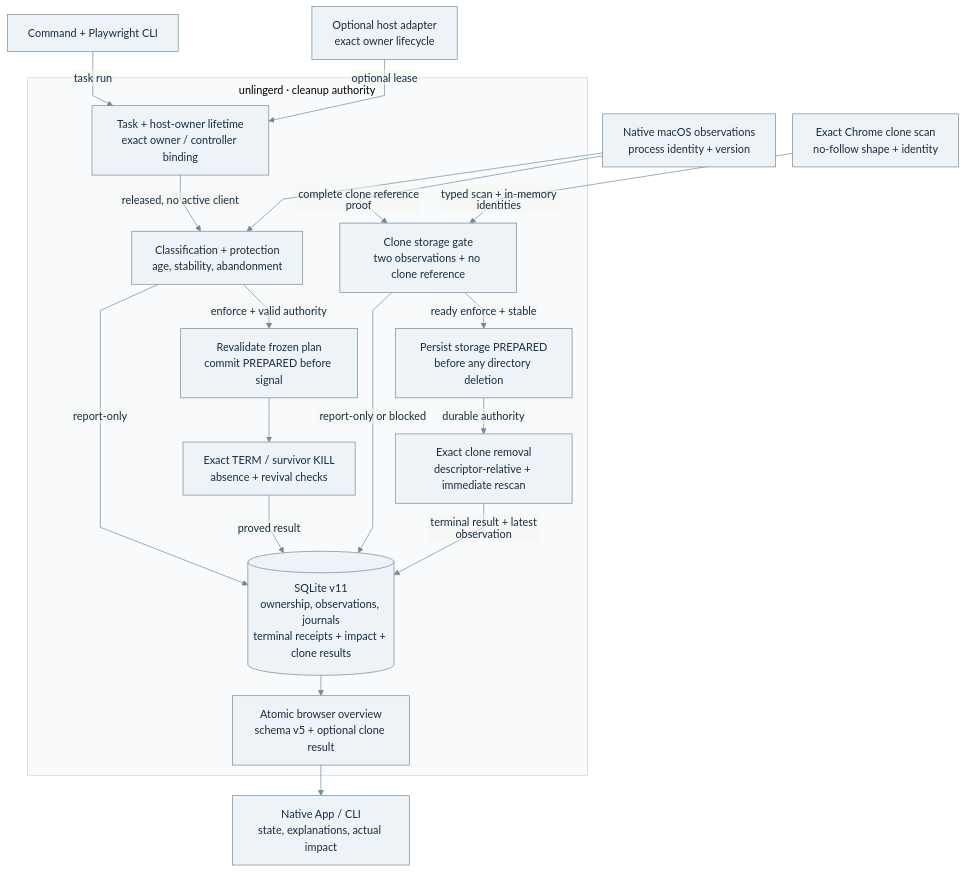
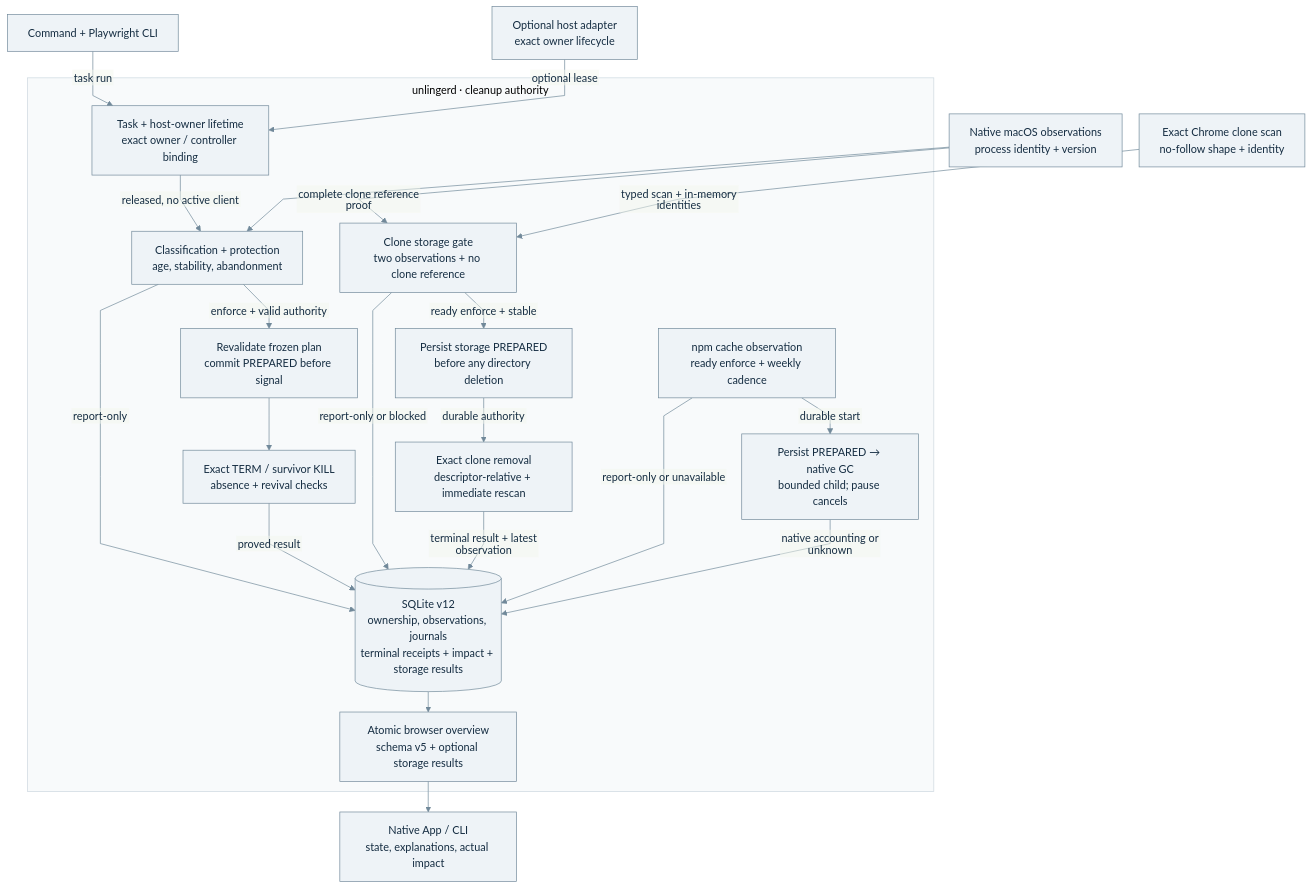
Before and after one commit to IndelibleVivi/unlinger: the diagram in docs/architecture.mmd, drawn with Mermaid. The commit also changed 41 other files, not shown here.

Commit message:
add native npm cache maintenance

```diff
--- a/docs/architecture.mmd
+++ b/docs/architecture.mmd
@@ -1,34 +1,39 @@
 %% Current source execution map; bilingual evidence map in ARCHITECTURE.md.
 %%{init: {"theme": "base", "fontFamily": "Arial, sans-serif", "themeVariables": {"fontFamily": "Arial, sans-serif", "fontSize": "16px", "primaryColor": "#eef3f7", "primaryTextColor": "#152d42", "primaryBorderColor": "#71899a", "lineColor": "#71899a", "clusterBkg": "#f8fafb", "clusterBorder": "#ccd7df"}, "flowchart": {"htmlLabels": false, "curve": "linear", "nodeSpacing": 25, "rankSpacing": 30, "subGraphTitleMargin": {"top": 8, "bottom": 18}}}}%%
 flowchart TB
   command["Command + Playwright CLI"]
   host["Optional host adapter<br/>exact owner lifecycle"]
   native["Native macOS observations<br/>process identity + version"]
   residue["Exact Chrome clone scan<br/>no-follow shape + identity"]
   subgraph daemon["unlingerd · cleanup authority"]
     lifetime["Task + host-owner lifetime<br/>exact owner / controller binding"]
     gates["Classification + protection<br/>age, stability, abandonment"]
     plan["Revalidate frozen plan<br/>commit PREPARED before signal"]
     proof["Exact TERM / survivor KILL<br/>absence + revival checks"]
     residue_gate["Clone storage gate<br/>two observations + no clone reference"]
     residue_prepare["Persist storage PREPARED<br/>before any directory deletion"]
     residue_delete["Exact clone removal<br/>descriptor-relative + immediate rescan"]
-    store[("SQLite v11<br/>ownership, observations, journals<br/>terminal receipts + impact + clone results")]
-    overview["Atomic browser overview<br/>schema v5 + optional clone result"]
+    cache_gate["npm cache observation<br/>ready enforce + weekly cadence"]
+    cache_gc["Persist PREPARED → native GC<br/>bounded child; pause cancels"]
+    store[("SQLite v12<br/>ownership, observations, journals<br/>terminal receipts + impact + storage results")]
+    overview["Atomic browser overview<br/>schema v5 + optional storage results"]
     lifetime -->|released, no active client| gates
     gates -->|report-only| store
     gates -->|enforce + valid authority| plan
     plan --> proof
     proof -->|proved result| store
     residue_gate -->|report-only or blocked| store
     residue_gate -->|ready enforce + stable| residue_prepare
     residue_prepare -->|durable authority| residue_delete
     residue_delete -->|terminal result + latest observation| store
+    cache_gate -->|report-only or unavailable| store
+    cache_gate -->|durable start| cache_gc
+    cache_gc -->|native accounting or unknown| store
     store --> overview
   end
   command -->|task run| lifetime
   host -->|optional lease| lifetime
   native --> gates
   native -->|complete clone reference proof| residue_gate
   residue -->|typed scan + in-memory identities| residue_gate
   overview --> app["Native App / CLI<br/>state, explanations, actual impact"]
```
